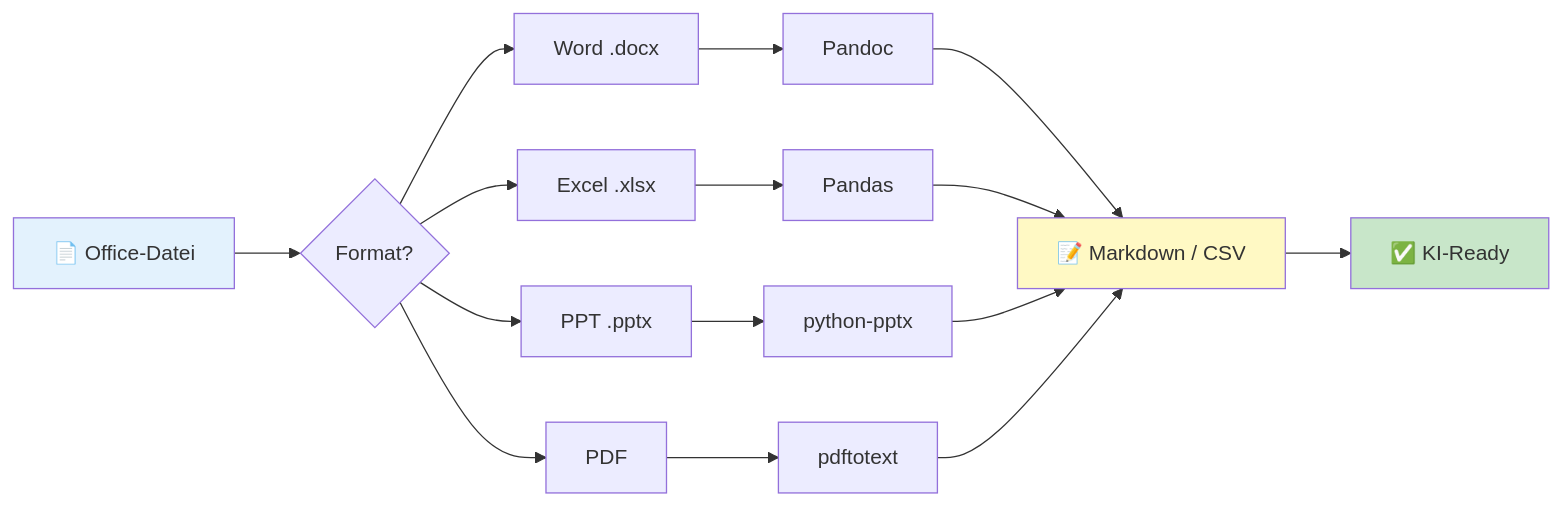
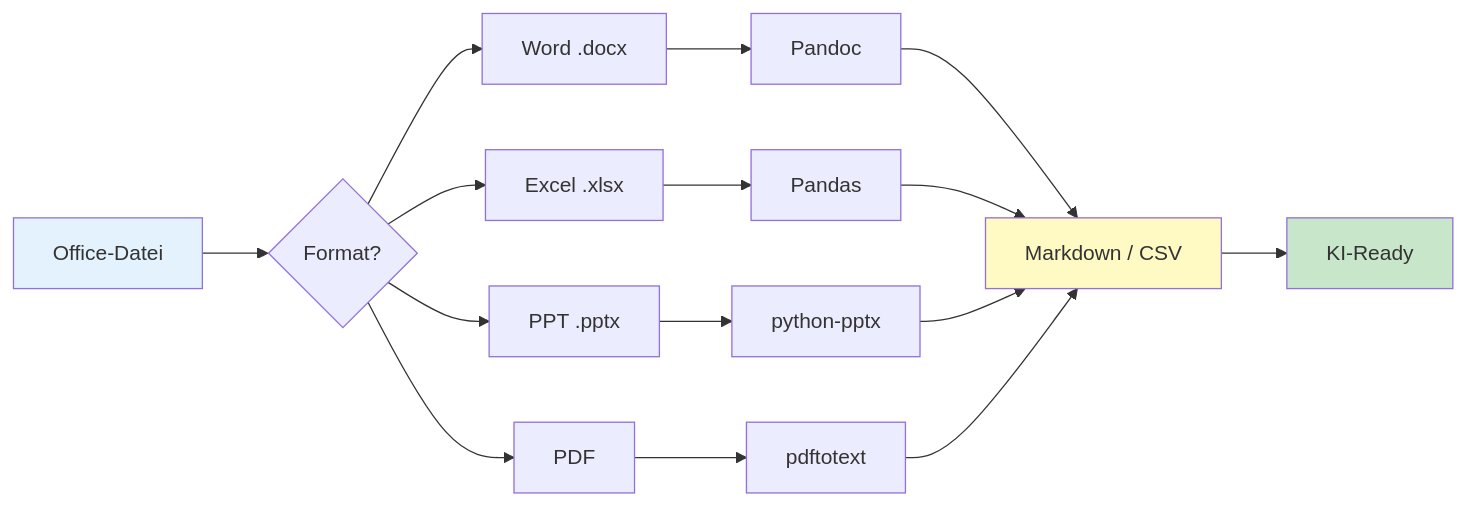
One commit to justinsz/ProPrompt changed the third of 4 diagrams in office_de.md. Above: the diagram before and after it, drawn with Mermaid. The commit also changed other lines of this file and 11 other files, not shown here.

````diff
--- a/office_de.md
+++ b/office_de.md
@@ -311,20 +311,20 @@
 ```mermaid
 flowchart LR
-    A[📄 Office-Datei] --> B{Format?}
+    A[Office-Datei] --> B{Format?}
     B --> C[Word .docx]
     B --> D[Excel .xlsx]
     B --> E[PPT .pptx]
     B --> F[PDF]
-    
+
     C --> G[Pandoc]
     D --> H[Pandas]
     E --> I[python-pptx]
     F --> J[pdftotext]
-    
-    G & H & I & J --> K[📝 Markdown / CSV]
-    K --> L[✅ KI-Ready]
-    
+
+    G & H & I & J --> K[Markdown / CSV]
+    K --> L[KI-Ready]
+
     style A fill:#e3f2fd
     style K fill:#fff9c4
     style L fill:#c8e6c9
 ```
````
